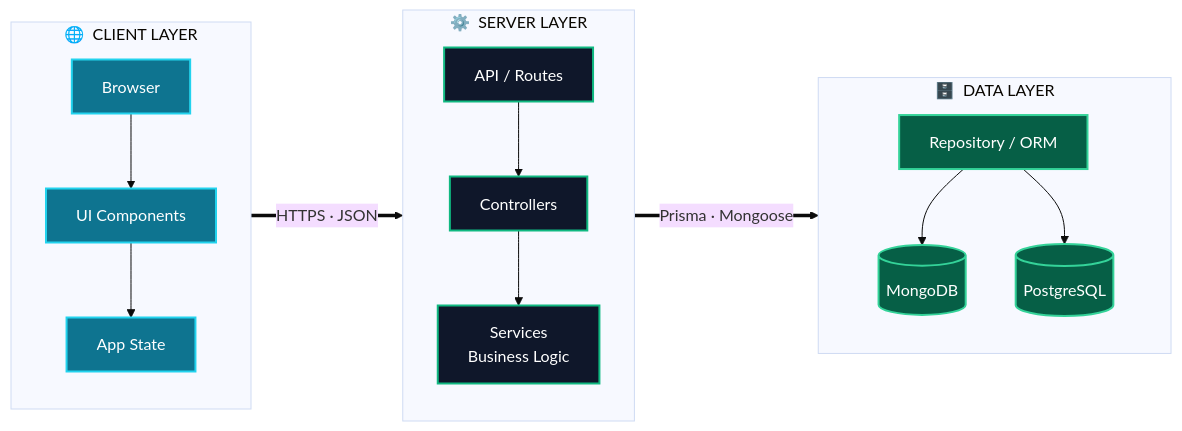
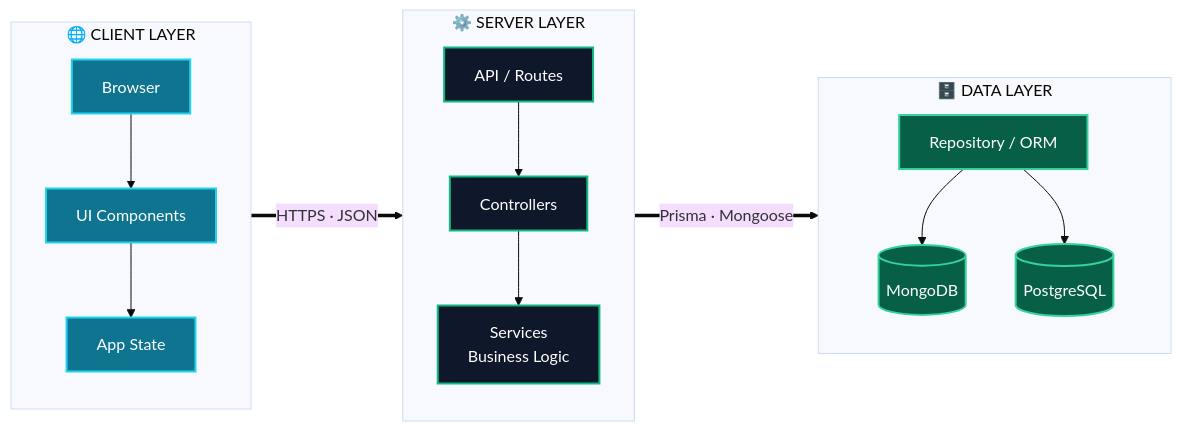
The diagram in README.md (mdsujon-dev/mdsujon-dev), drawn with Mermaid (base theme) before and after one commit. The commit also changed other lines of this file, not shown here.

````diff
--- a/README.md
+++ b/README.md
@@ -147,28 +189,28 @@
 ```mermaid
 flowchart LR
-    subgraph CLIENT["🌐 &nbsp;CLIENT LAYER"]
-        direction TB
-        A["Browser"] --> B["UI Components"] --> C["App State"]
-    end
+subgraph CLIENT["🌐 CLIENT LAYER"]
+direction TB
+A["Browser"] --> B["UI Components"] --> C["App State"]
+end
 
-    subgraph SERVER["⚙️ &nbsp;SERVER LAYER"]
-        direction TB
-        D["API / Routes"] --> E["Controllers"] --> F["Services<br/>Business Logic"]
-    end
+subgraph SERVER["⚙️ SERVER LAYER"]
+direction TB
+D["API / Routes"] --> E["Controllers"] --> F["Services<br/>Business Logic"]
+end
 
-    subgraph DATA["🗄️ &nbsp;DATA LAYER"]
-        direction TB
-        G["Repository / ORM"] --> H[("MongoDB")]
-        G --> I[("PostgreSQL")]
-    end
+subgraph DATA["🗄️ DATA LAYER"]
+direction TB
+G["Repository / ORM"] --> H[("MongoDB")]
+G --> I[("PostgreSQL")]
+end
 
-    CLIENT ==>|"HTTPS · JSON"| SERVER
-    SERVER ==>|"Prisma · Mongoose"| DATA
+CLIENT ==>|"HTTPS · JSON"| SERVER
+SERVER ==>|"Prisma · Mongoose"| DATA
 
-    classDef c fill:#0E7490,stroke:#22D3EE,stroke-width:2px,color:#fff
-    classDef s fill:#0F172A,stroke:#10B981,stroke-width:2px,color:#fff
-    classDef d fill:#065F46,stroke:#34D399,stroke-width:2px,color:#fff
-    class A,B,C c
-    class D,E,F s
-    class G,H,I d
+classDef c fill:#0E7490,stroke:#22D3EE,stroke-width:2px,color:#fff
+classDef s fill:#0F172A,stroke:#10B981,stroke-width:2px,color:#fff
+classDef d fill:#065F46,stroke:#34D399,stroke-width:2px,color:#fff
+class A,B,C c
+class D,E,F s
+class G,H,I d
 ```
````
